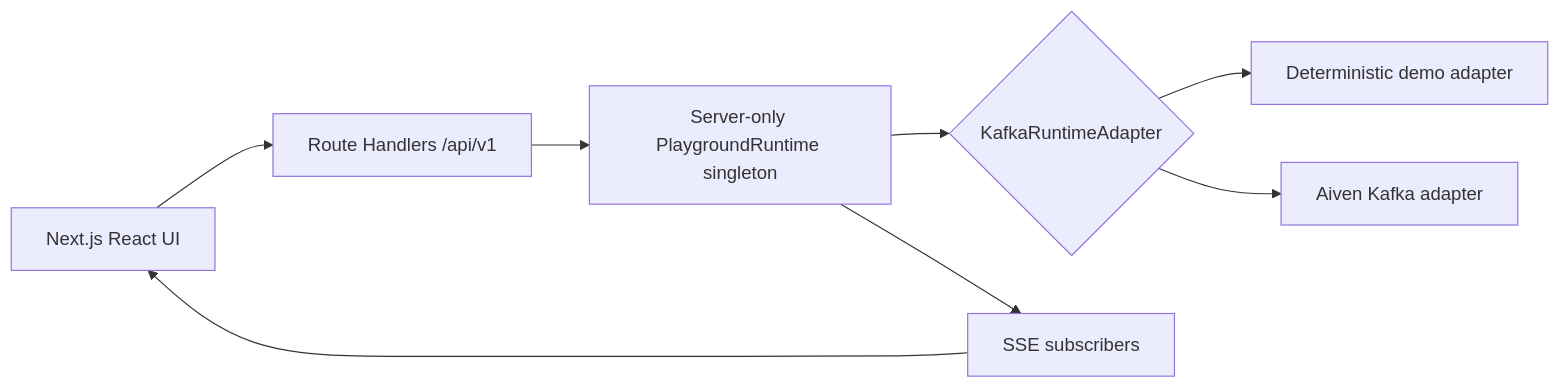
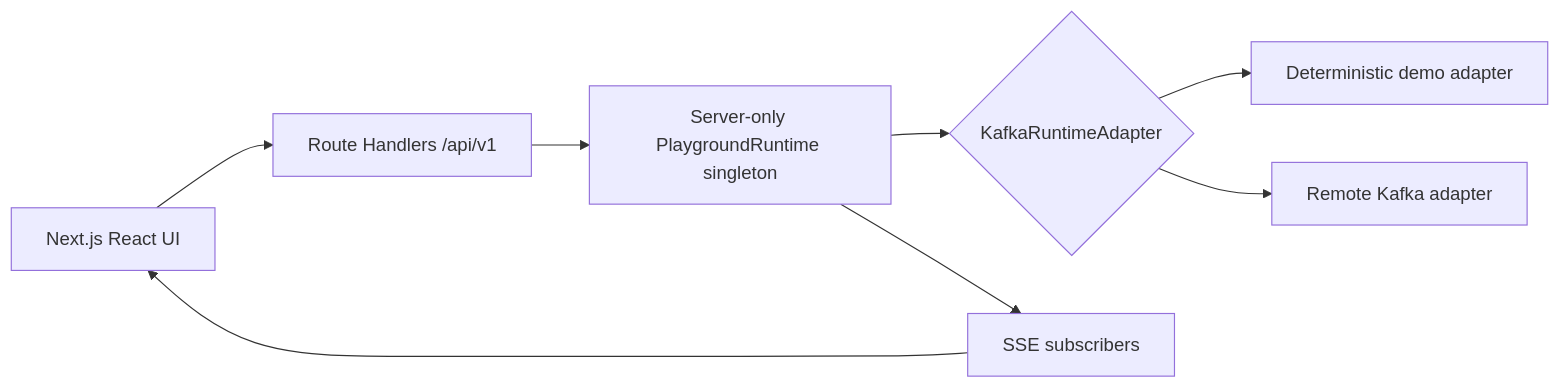
One commit to Xuefeng-Zhu/kafka-playground changed the diagram in README.md. Above: the diagram before and after it, drawn with Mermaid. The commit also changed other lines of this file and 15 other files, not shown here.

Commit message:
Add user-configured remote Kafka mode

````diff
--- a/README.md
+++ b/README.md
@@ -43,10 +43,10 @@
 ```mermaid
 flowchart LR
   UI[Next.js React UI] --> API[Route Handlers /api/v1]
   API --> Runtime[Server-only PlaygroundRuntime singleton]
   Runtime --> Adapter{KafkaRuntimeAdapter}
   Adapter --> Demo[Deterministic demo adapter]
-  Adapter --> Aiven[Aiven Kafka adapter]
+  Adapter --> Remote[Remote Kafka adapter]
   Runtime --> SSE[SSE subscribers]
   SSE --> UI
 ```
````
